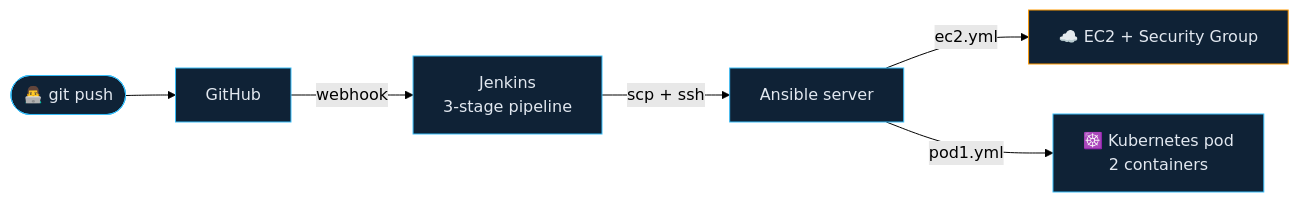
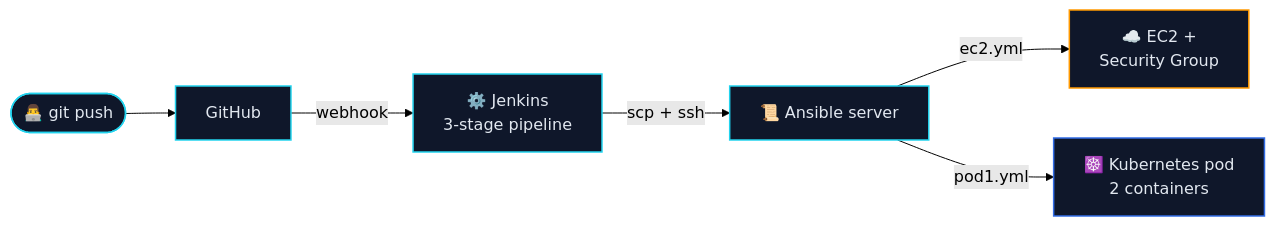
The first of 6 diagrams in README.md (PushpenderKumar7505/PushpenderKumar7505), drawn with Mermaid (forest theme) before and after one commit. The commit also changed other lines of this file, not shown here.

````diff
--- a/README.md
+++ b/README.md
@@ -99,12 +164,14 @@
 ```mermaid
 flowchart LR
     DEV(["👨‍💻 git push"]) --> GH["GitHub"]
-    GH -->|webhook| JEN["Jenkins<br/>3-stage pipeline"]
-    JEN -->|"scp + ssh"| ANS["Ansible server"]
-    ANS -->|"ec2.yml"| EC2["☁️ EC2 + Security Group"]
+    GH -->|"webhook"| JEN["⚙️ Jenkins<br/>3-stage pipeline"]
+    JEN -->|"scp + ssh"| ANS["📜 Ansible server"]
+    ANS -->|"ec2.yml"| EC2["☁️ EC2 +<br/>Security Group"]
     ANS -->|"pod1.yml"| K8S["☸️ Kubernetes pod<br/>2 containers"]
 
-    classDef default fill:#0f2236,stroke:#38bdf8,color:#e2e8f0
-    classDef aws fill:#0f2236,stroke:#ff9900,color:#e2e8f0
+    classDef default fill:#0f172a,stroke:#22d3ee,color:#e2e8f0,stroke-width:1.5px
+    classDef aws fill:#0f172a,stroke:#ff9900,color:#e2e8f0,stroke-width:1.5px
+    classDef k8s fill:#0f172a,stroke:#326ce5,color:#e2e8f0,stroke-width:1.5px
     class EC2 aws
+    class K8S k8s
 ```
````
